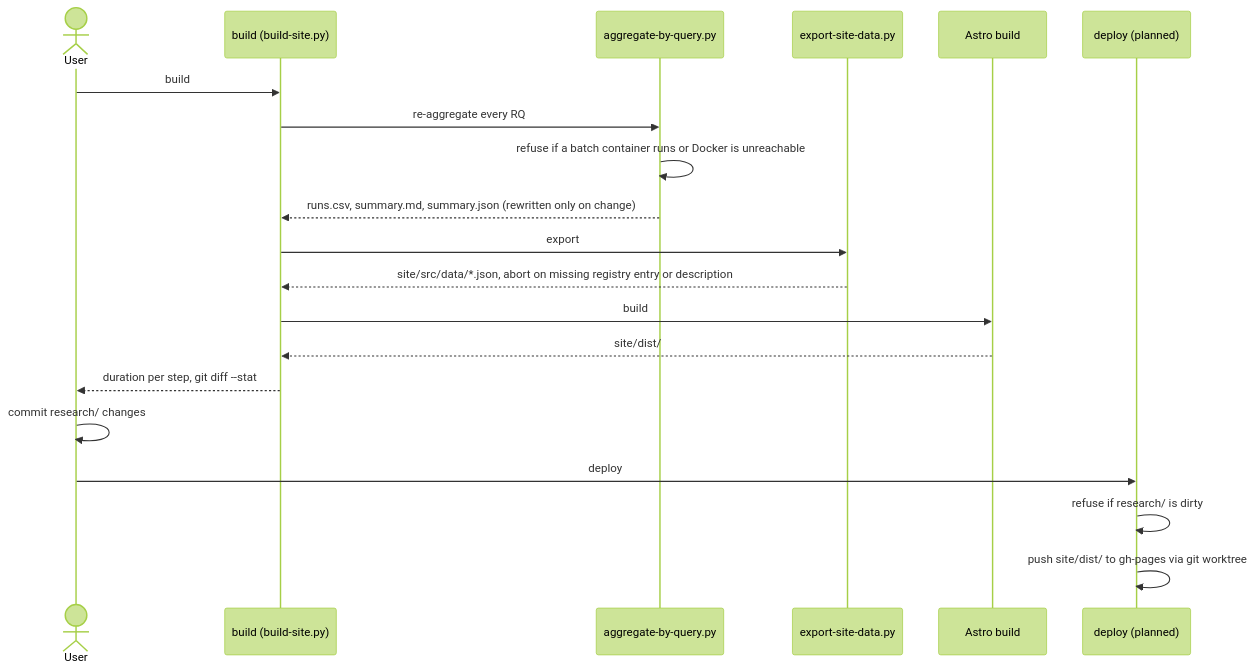
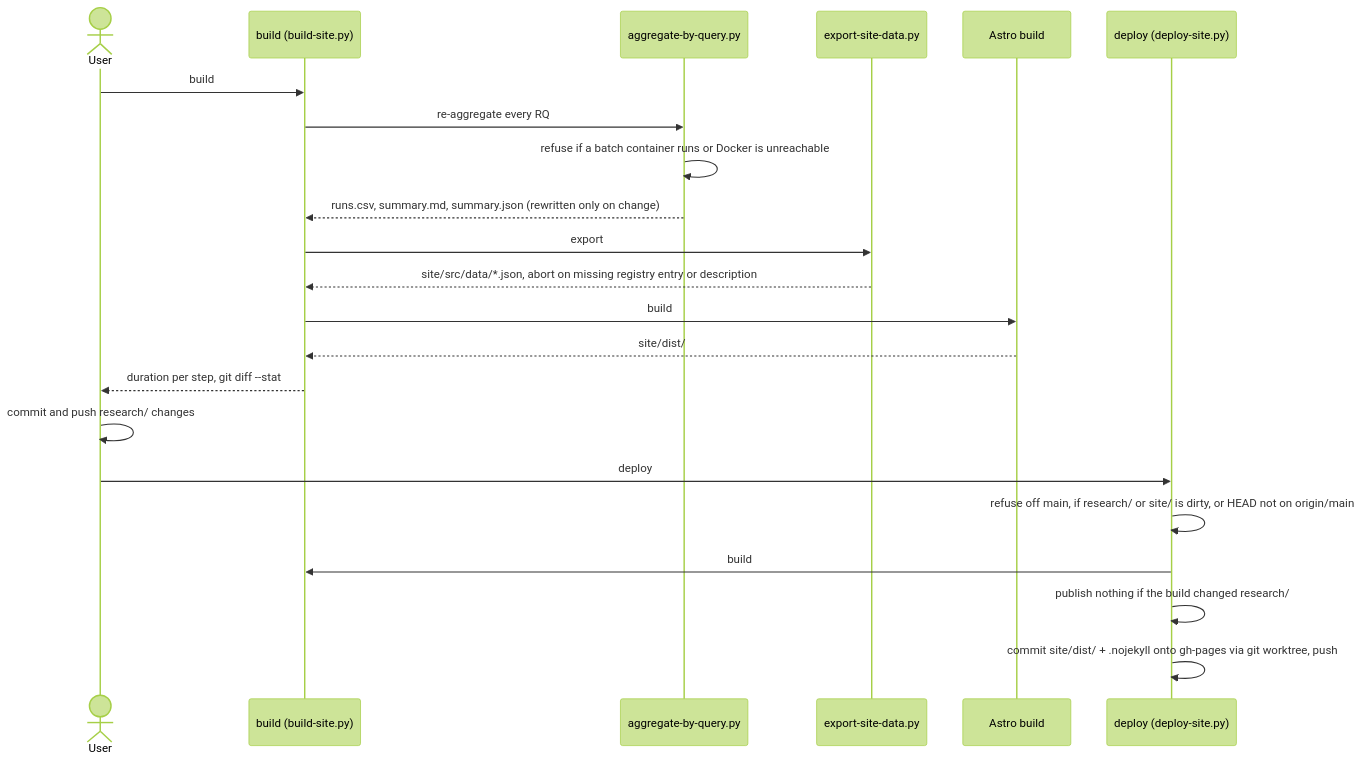
One commit to marcoemrich/agentic_coding_lab changed the second of 4 diagrams in site/docs/architecture.md. Above: the diagram before and after it, drawn with Mermaid (forest theme). The commit also changed 23 other files, not shown here.

First line of the commit message:
Add the deploy command for GitHub Pages

````diff
--- a/site/docs/architecture.md
+++ b/site/docs/architecture.md
@@ -54,22 +54,24 @@
 ```mermaid
 sequenceDiagram
   actor U as User
   participant B as build (build-site.py)
   participant A as aggregate-by-query.py
   participant E as export-site-data.py
   participant S as Astro build
-  participant D as deploy (planned)
+  participant D as deploy (deploy-site.py)
   U->>B: build
   B->>A: re-aggregate every RQ
   A->>A: refuse if a batch container runs or Docker is unreachable
   A-->>B: runs.csv, summary.md, summary.json (rewritten only on change)
   B->>E: export
   E-->>B: site/src/data/*.json, abort on missing registry entry or description
   B->>S: build
   S-->>B: site/dist/
   B-->>U: duration per step, git diff --stat
-  U->>U: commit research/ changes
+  U->>U: commit and push research/ changes
   U->>D: deploy
-  D->>D: refuse if research/ is dirty
-  D->>D: push site/dist/ to gh-pages via git worktree
+  D->>D: refuse off main, if research/ or site/ is dirty, or HEAD not on origin/main
+  D->>B: build
+  D->>D: publish nothing if the build changed research/
+  D->>D: commit site/dist/ + .nojekyll onto gh-pages via git worktree, push
 ```
````
